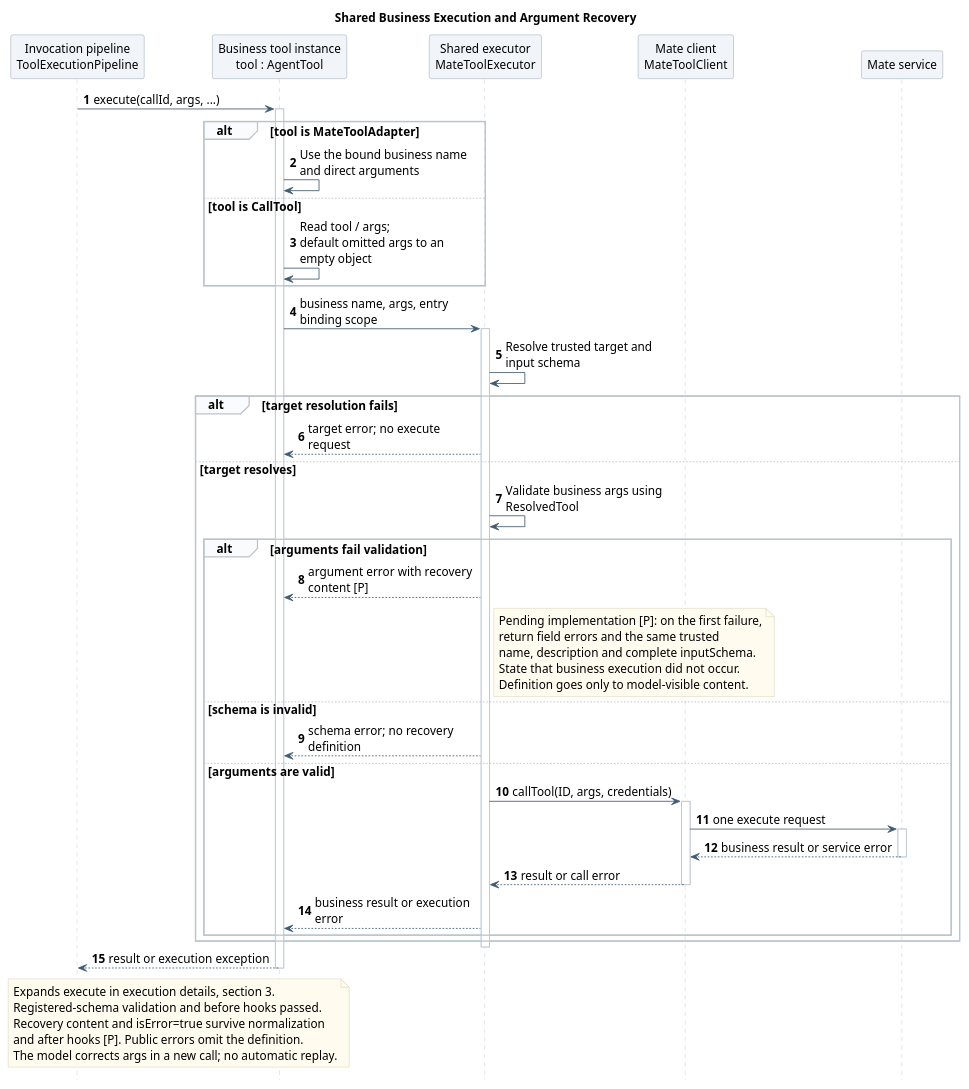
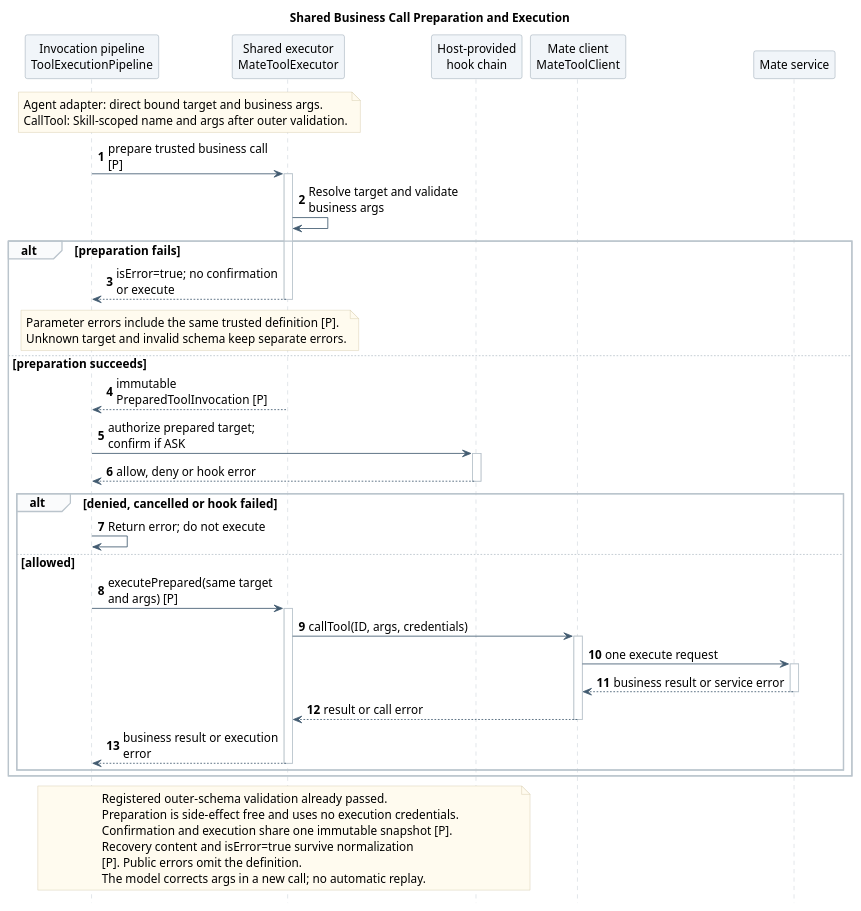
Before and after one commit to ssm0808/pi-mono-java-design: the fifth of 12 diagrams in 01-总体架构/02-CampusClaw工具系统/diagram.puml, drawn with PlantUML. The commit also changed other lines of this file and 18 other files, not shown here.

Commit message:
docs(tools): align validation before confirmation

```diff
--- a/01-总体架构/02-CampusClaw工具系统/diagram.puml
+++ b/01-总体架构/02-CampusClaw工具系统/diagram.puml
@@ -340,78 +346,78 @@
 @startuml call_mate_tool_sequence
 skinparam backgroundColor white
 skinparam defaultFontName SansSerif
 skinparam defaultFontSize 14
 skinparam shadowing false
 skinparam sequenceMessageAlign left
 skinparam maxMessageSize 210
 skinparam sequenceArrowColor #425B70
 skinparam sequenceLifeLineBorderColor #BAC4CC
 skinparam sequenceParticipantBackgroundColor #F1F5F9
 skinparam sequenceParticipantBorderColor #8496A4
 skinparam sequenceGroupBackgroundColor #FAFBFC
 skinparam sequenceGroupBorderColor #BAC4CC
 skinparam sequenceReferenceBackgroundColor #EEF4FA
 skinparam sequenceReferenceBorderColor #8496A4
 skinparam noteBackgroundColor #FFFBEF
 skinparam noteBorderColor #D2C6A5
 hide footbox
 autonumber
 ' Source evidence (CampusClaw c9a2340f87bda6dff6bbd352f6995f8551206bb5, checked 2026-09-22):
 ' modules/coding-agent-cli/src/main/java/com/campusclaw/codingagent/tool/mate/CallTool.java: execute
 ' modules/coding-agent-cli/src/main/java/com/campusclaw/codingagent/tool/mate/MateToolAdapter.java: execute
 ' modules/coding-agent-cli/src/main/java/com/campusclaw/codingagent/tool/mate/MateToolExecutor.java: executeAgent, executeSkill, execute, validateArguments
 ' modules/coding-agent-cli/src/main/java/com/campusclaw/codingagent/common/client/HttpMateToolClient.java: callTool
-' Observed behavior: both entry types share trusted resolution, business argument validation and one Mate request; failures currently omit the definition.
-' Design reason: return the definition used by this validation only to the model; keep Host hooks and remote failure categories unchanged.
-' Pending implementation: first-failure recovery content and TOOL_ARGUMENTS_INVALID preservation through normalization and after hooks.
+' Baseline evidence (pi 95fbc04997eaee961eb673fa7923e9220609ebd5):
+' packages/agent/src/agent-loop.ts: prepareToolCall, executePreparedToolCall
+' Auxiliary evidence (DSH c36a83ff6bb95e3f82cf79f9be7c724270a8aa61, alpha):
+' packages/core/tools/src/index.ts: prepareExecution, dispatchToolBody
+' packages/core/tools/src/schema.ts: defineTool
+' Observed behavior: CallTool business validation currently runs inside execute after Host hooks.
+' Design reason: reject invalid business args before confirmation and execute the exact prepared snapshot after approval.
+' Pending implementation: PreparedToolInvocation, pre-confirmation validation, recovery content and stable error preservation.
 ' Stable block identity retained for existing document links.
-title Shared Business Execution and Argument Recovery
+title Shared Business Call Preparation and Execution
 
 participant "Invocation pipeline\nToolExecutionPipeline" as Pipeline
-participant "Business tool instance\ntool : AgentTool" as Tool
 participant "Shared executor\nMateToolExecutor" as Executor
+participant "Host-provided\nhook chain" as Hooks
 participant "Mate client\nMateToolClient" as Client
 participant "Mate service" as Mate
 
-Pipeline -> Tool ++ : execute(callId, args, ...)
-alt tool is MateToolAdapter
-  Tool -> Tool : Use the bound business name\nand direct arguments
-else tool is CallTool
-  Tool -> Tool : Read tool / args;\ndefault omitted args to an empty object
-end
-Tool -> Executor ++ : business name, args, entry binding scope
-Executor -> Executor : Resolve trusted target and input schema
-alt target resolution fails
-  Executor --> Tool : target error; no execute request
-else target resolves
-  Executor -> Executor : Validate business args using ResolvedTool
-  alt arguments fail validation
-    Executor --> Tool : argument error with recovery content [P]
-    note right of Executor
-      Pending implementation [P]: on the first failure,
-      return field errors and the same trusted
-      name, description and complete inputSchema.
-      State that business execution did not occur.
-      Definition goes only to model-visible content.
-    end note
-  else schema is invalid
-    Executor --> Tool : schema error; no recovery definition
-  else arguments are valid
+note over Pipeline, Executor
+  Agent adapter: direct bound target and business args.
+  CallTool: Skill-scoped name and args after outer validation.
+end note
+Pipeline -> Executor ++ : prepare trusted business call [P]
+Executor -> Executor : Resolve target and validate business args
+alt preparation fails
+  Executor --> Pipeline -- : isError=true; no confirmation or execute
+  note over Pipeline, Executor
+    Parameter errors include the same trusted definition [P].
+    Unknown target and invalid schema keep separate errors.
+  end note
+else preparation succeeds
+  Executor --> Pipeline -- : immutable PreparedToolInvocation [P]
+  Pipeline -> Hooks ++ : authorize prepared target; confirm if ASK
+  Hooks --> Pipeline -- : allow, deny or hook error
+  alt denied, cancelled or hook failed
+    Pipeline -> Pipeline : Return error; do not execute
+  else allowed
+    Pipeline -> Executor ++ : executePrepared(same target and args) [P]
     Executor -> Client ++ : callTool(ID, args, credentials)
     Client -> Mate ++ : one execute request
     Mate --> Client -- : business result or service error
     Client --> Executor -- : result or call error
-    Executor --> Tool : business result or execution error
+    Executor --> Pipeline -- : business result or execution error
   end
 end
-deactivate Executor
-Tool --> Pipeline -- : result or execution exception
 
-note over Pipeline, Tool
-  Expands execute in execution details, section 3.
-  Registered-schema validation and before hooks passed.
+note over Pipeline, Hooks
+  Registered outer-schema validation already passed.
+  Preparation is side-effect free and uses no execution credentials.
+  Confirmation and execution share one immutable snapshot [P].
   Recovery content and isError=true survive normalization
-  and after hooks [P]. Public errors omit the definition.
+  [P]. Public errors omit the definition.
   The model corrects args in a new call; no automatic replay.
 end note
 @enduml
```
